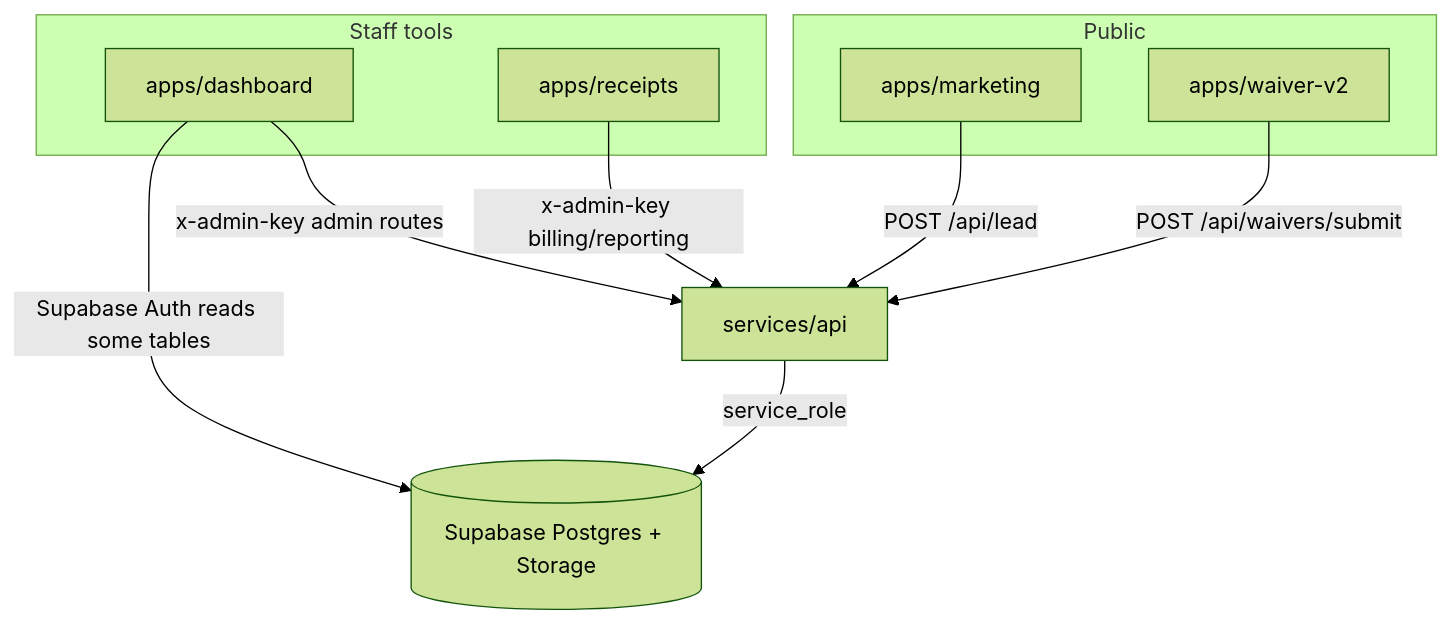
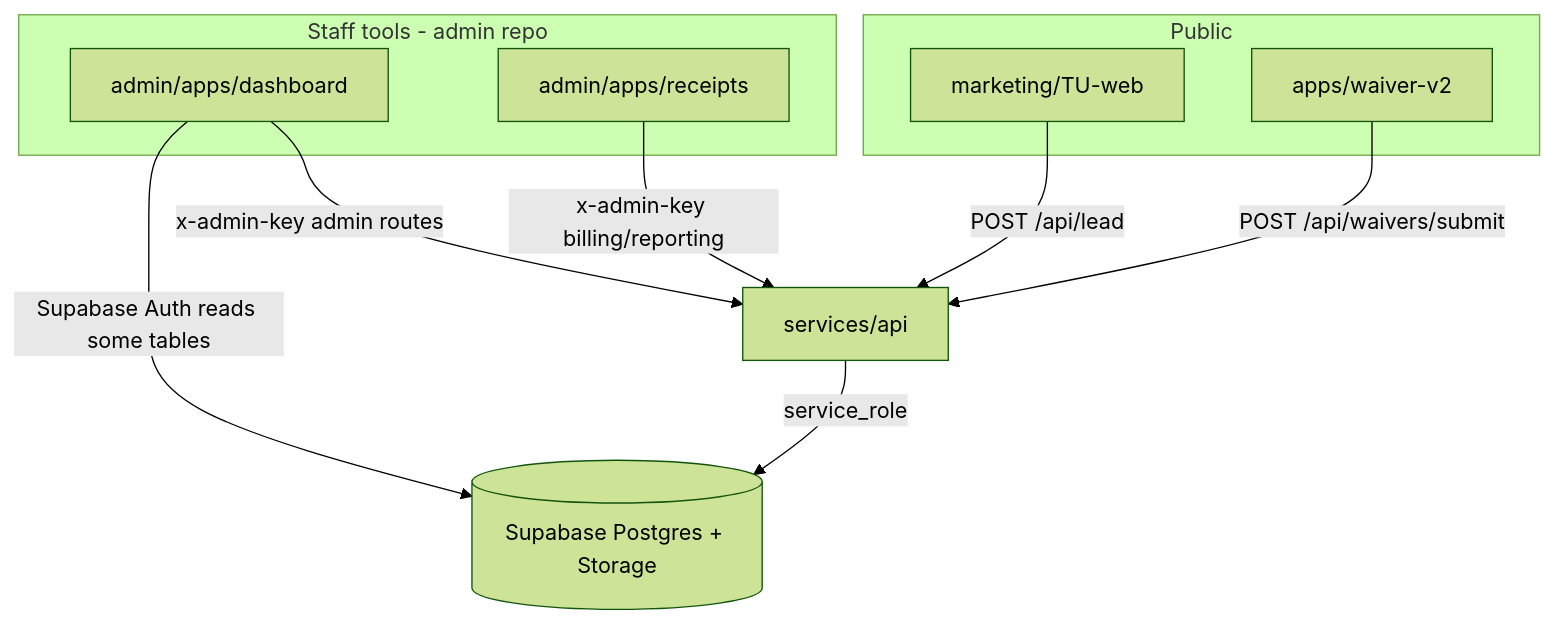
The diagram in docs/api-capability-audit.md (palthol/TU-api), drawn with Mermaid (forest theme) before and after one commit. The commit also changed other lines of this file and 128 other files, not shown here.

````diff
--- a/docs/api-capability-audit.md
+++ b/docs/api-capability-audit.md
@@ -31,20 +34,20 @@
 ```mermaid
 flowchart TB
   subgraph public [Public]
-    Marketing[apps/marketing]
+    Marketing[marketing/TU-web]
     Waiver[apps/waiver-v2]
   end
-  subgraph staff [Staff tools]
-    Dashboard[apps/dashboard]
-    Receipts[apps/receipts]
+  subgraph staff [Staff tools - admin repo]
+    Dashboard[admin/apps/dashboard]
+    Receipts[admin/apps/receipts]
   end
   API[services/api]
   DB[(Supabase Postgres + Storage)]
 
   Marketing -->|POST /api/lead| API
   Waiver -->|POST /api/waivers/submit| API
   Dashboard -->|x-admin-key admin routes| API
   Dashboard -->|Supabase Auth reads some tables| DB
   Receipts -->|x-admin-key billing/reporting| API
   API -->|service_role| DB
 ```
````
